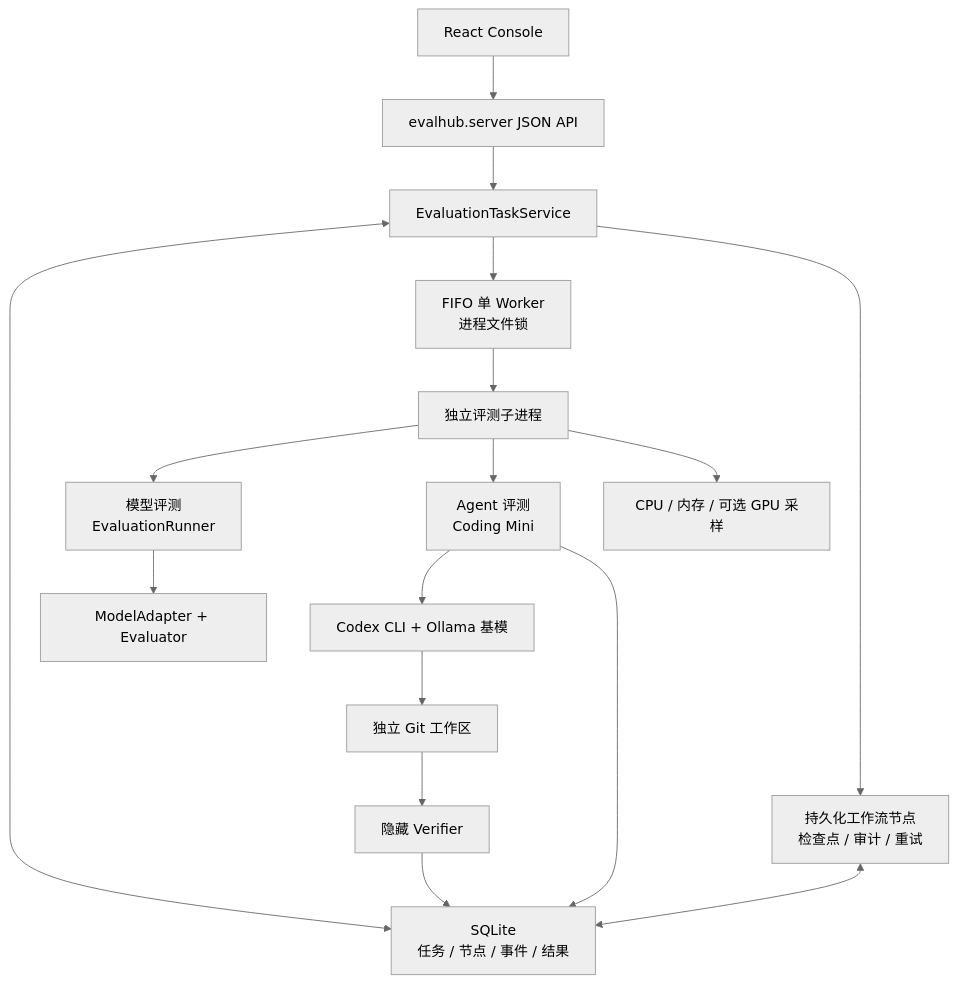
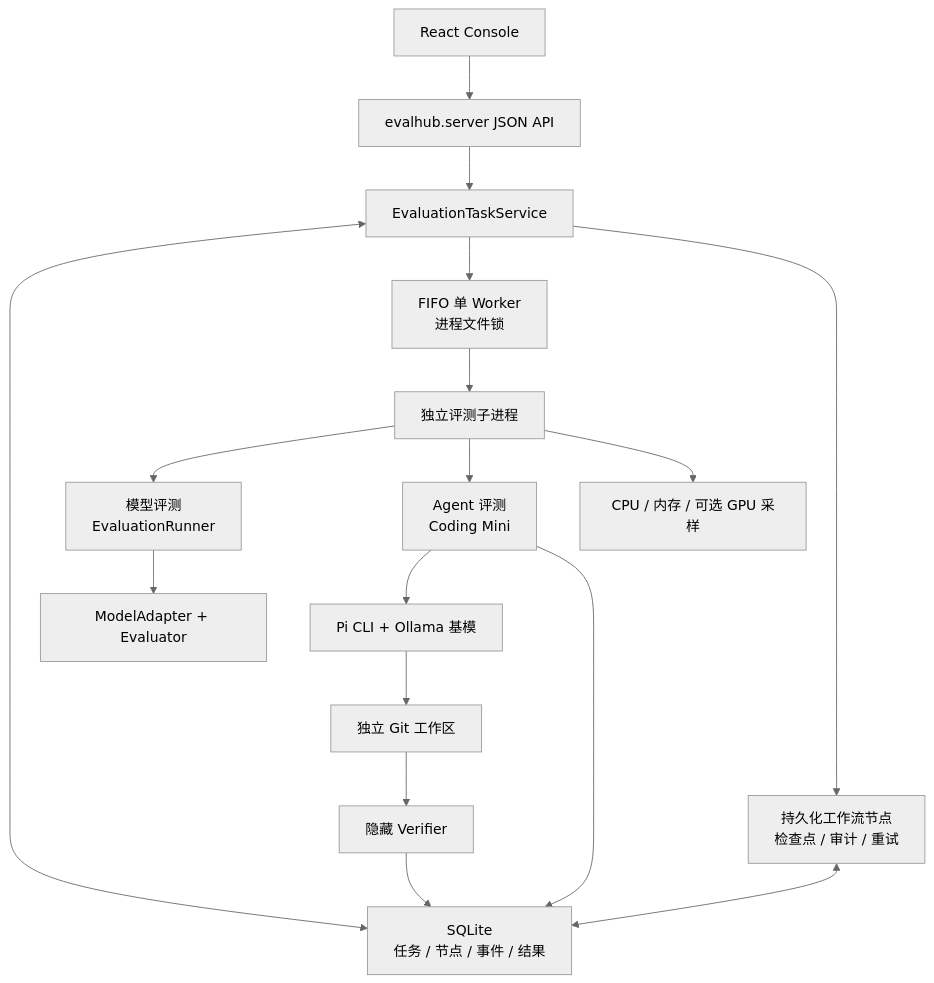
The first of 2 diagrams in docs/architecture/20260804_系统架构.md (NEDONION/evalhub), drawn with Mermaid (neutral theme) before and after one commit. The commit also changed other lines of this file and 27 other files, not shown here.

Commit message:
feat: replace Codex agent shell with Pi

````diff
--- a/docs/architecture/20260804_系统架构.md
+++ b/docs/architecture/20260804_系统架构.md
@@ -25,19 +25,19 @@
 ```mermaid
 flowchart TD
     UI["React Console"] --> API["evalhub.server JSON API"]
     API --> SERVICE["EvaluationTaskService"]
     SERVICE <--> DB["SQLite<br/>任务 / 节点 / 事件 / 结果"]
     SERVICE --> FIFO["FIFO 单 Worker<br/>进程文件锁"]
     SERVICE --> DAG["持久化工作流节点<br/>检查点 / 审计 / 重试"]
     DAG <--> DB
     FIFO --> PROCESS["独立评测子进程"]
     PROCESS --> MODEL["模型评测<br/>EvaluationRunner"]
     PROCESS --> AGENT["Agent 评测<br/>Coding Mini"]
     MODEL --> ADAPTER["ModelAdapter + Evaluator"]
-    AGENT --> CODEX["Codex CLI + Ollama 基模"]
-    CODEX --> WORKSPACE["独立 Git 工作区"]
+    AGENT --> PI["Pi CLI + Ollama 基模"]
+    PI --> WORKSPACE["独立 Git 工作区"]
     WORKSPACE --> VERIFY["隐藏 Verifier"]
     PROCESS --> RESOURCE["CPU / 内存 / 可选 GPU 采样"]
     AGENT --> DB
     VERIFY --> DB
 ```
````
